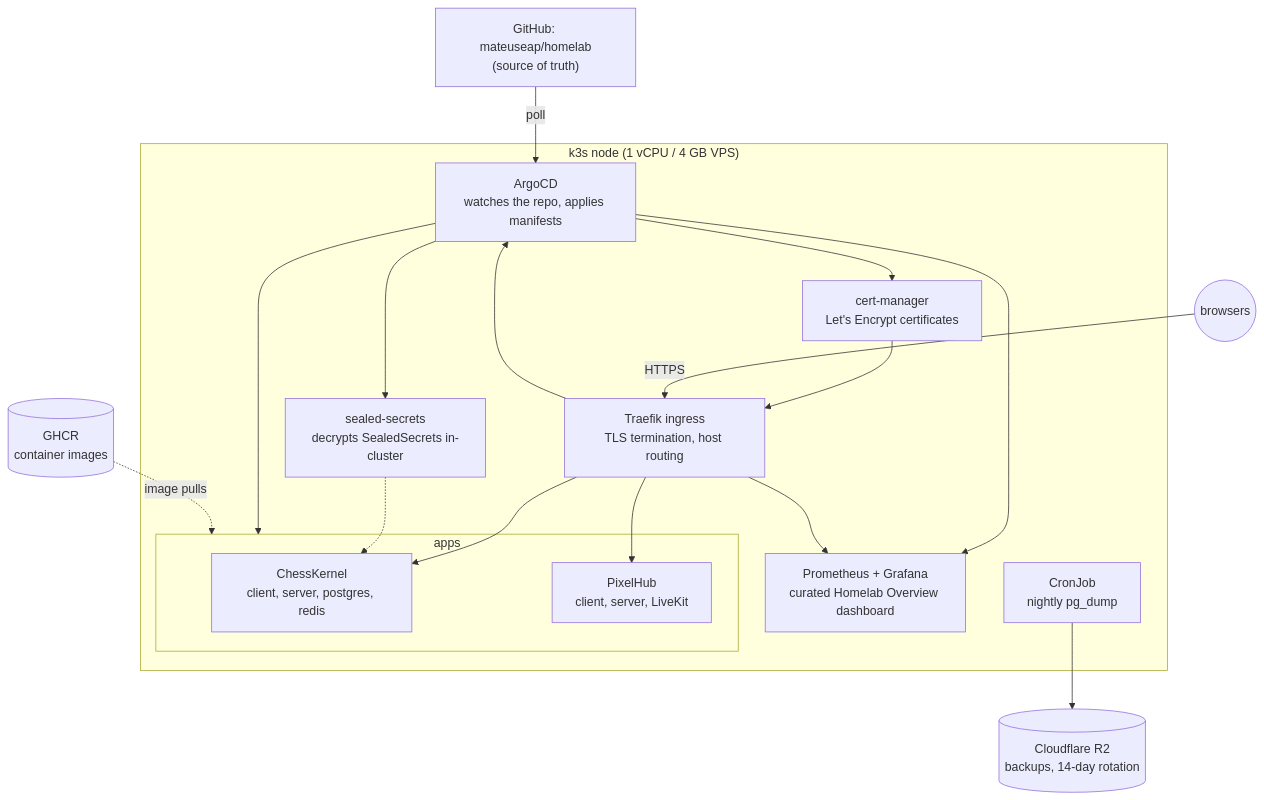
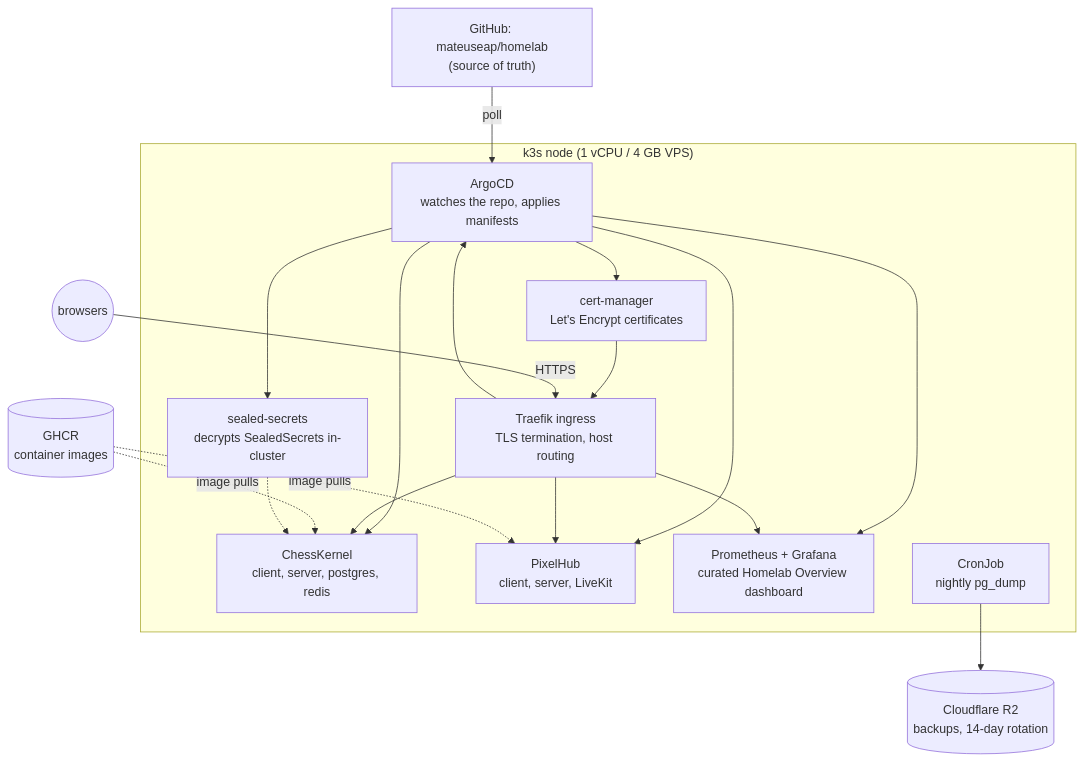
Before and after one commit to mateuseap/homelab: the first of 3 diagrams in README.md, drawn with Mermaid. The commit also changed other lines of this file, not shown here.

Commit message:
fix: reliable badges and GitHub-robust cluster diagram (#17)
- shields.io GitHub badges were returning 'Unable to select next GitHub
  token from pool' (shields rate-limit outage); switch stars and license
  to badgen.net, which serves the real values from separate infra
- Rework the cluster diagram to avoid an edge pointing at a subgraph
  container and a nested subgraph, the one pattern GitHub's mermaid fails
  to render even when the engine accepts it

````diff
--- a/README.md
+++ b/README.md
@@ -43,34 +43,34 @@
 ```mermaid
 flowchart TB
     gh["GitHub: mateuseap/homelab<br/>(source of truth)"]
     subgraph node["k3s node (1 vCPU / 4 GB VPS)"]
         argo["ArgoCD<br/>watches the repo, applies manifests"]
         traefik["Traefik ingress<br/>TLS termination, host routing"]
         cm["cert-manager<br/>Let's Encrypt certificates"]
         seal["sealed-secrets<br/>decrypts SealedSecrets in-cluster"]
-        subgraph apps["apps"]
-            chess["ChessKernel<br/>client, server, postgres, redis"]
-            pixel["PixelHub<br/>client, server, LiveKit"]
-        end
+        chess["ChessKernel<br/>client, server, postgres, redis"]
+        pixel["PixelHub<br/>client, server, LiveKit"]
         mon["Prometheus + Grafana<br/>curated Homelab Overview dashboard"]
         cron["CronJob<br/>nightly pg_dump"]
     end
     r2[("Cloudflare R2<br/>backups, 14-day rotation")]
     ghcr[("GHCR<br/>container images")]
     users(("browsers"))
 
     gh -->|poll| argo
-    argo --> apps
+    argo --> chess
+    argo --> pixel
     argo --> mon
     argo --> seal
     argo --> cm
     cm --> traefik
     users -->|HTTPS| traefik
     traefik --> chess
     traefik --> pixel
     traefik --> argo
     traefik --> mon
-    ghcr -.->|image pulls| apps
+    ghcr -.->|image pulls| chess
+    ghcr -.->|image pulls| pixel
     cron --> r2
     seal -.-> chess
 ```
````
